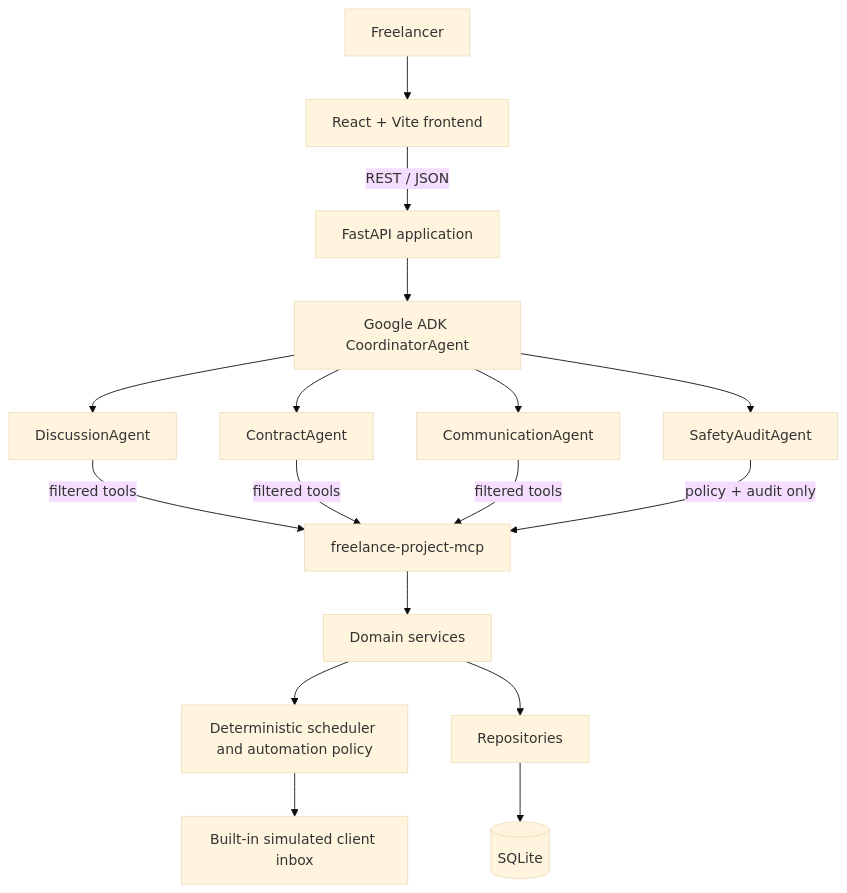
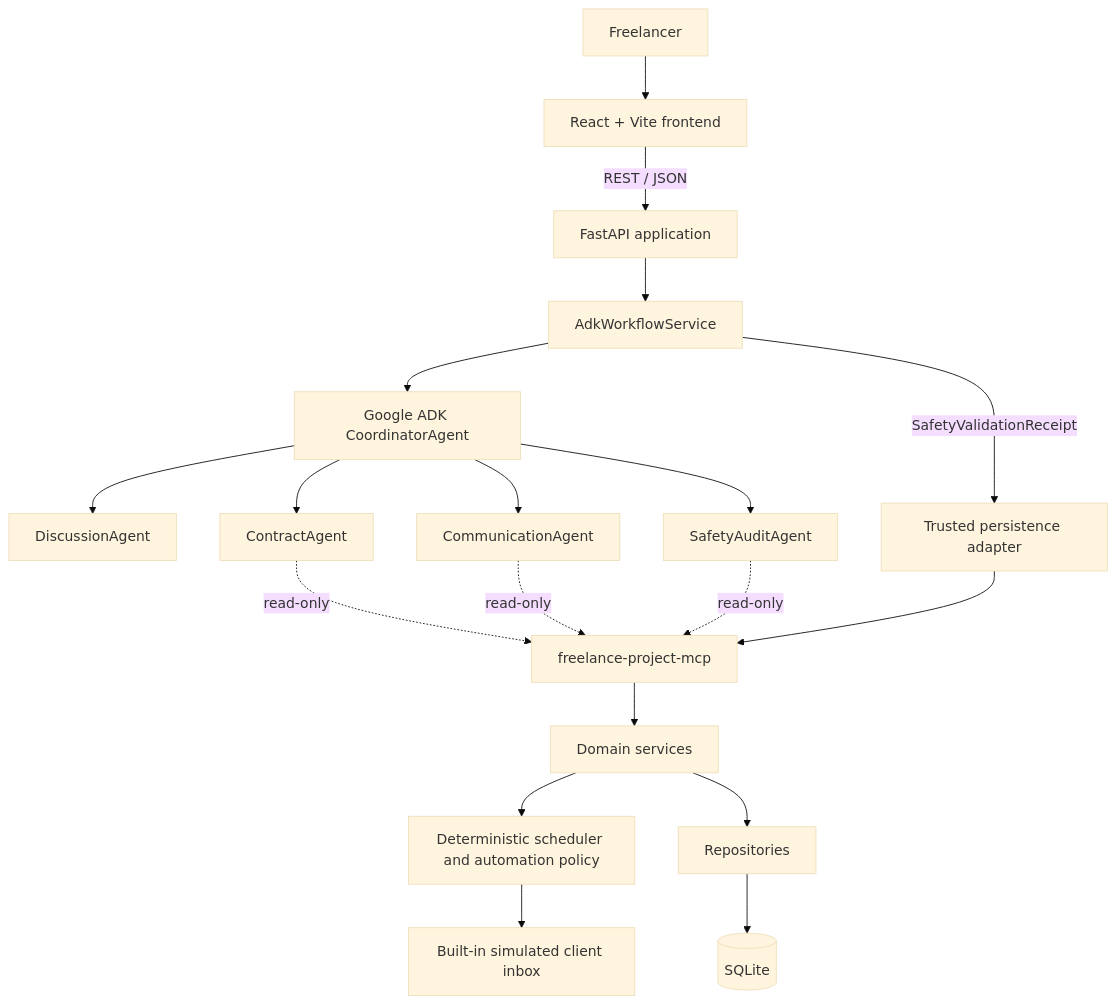
The first of 3 diagrams in docs/ARCHITECTURE.md (chaziyu/freelance-shield-ai), drawn with Mermaid (base theme) before and after one commit. The commit also changed other lines of this file and 12 other files, not shown here.

````diff
--- a/docs/ARCHITECTURE.md
+++ b/docs/ARCHITECTURE.md
@@ -9,19 +9,21 @@
 ```mermaid
 flowchart TD
     User["Freelancer"] --> UI["React + Vite frontend"]
     UI -->|"REST / JSON"| API["FastAPI application"]
-    API --> Coordinator["Google ADK CoordinatorAgent"]
+    API --> WF["AdkWorkflowService"]
+    WF --> Coordinator["Google ADK CoordinatorAgent"]
     Coordinator --> Discussion["DiscussionAgent"]
     Coordinator --> Contract["ContractAgent"]
     Coordinator --> Communication["CommunicationAgent"]
     Coordinator --> Safety["SafetyAuditAgent"]
-    Discussion -->|"filtered tools"| MCP["freelance-project-mcp"]
-    Contract -->|"filtered tools"| MCP
-    Communication -->|"filtered tools"| MCP
-    Safety -->|"policy + audit only"| MCP
+    Contract -.->|"read-only"| MCP["freelance-project-mcp"]
+    Communication -.->|"read-only"| MCP
+    Safety -.->|"read-only"| MCP
+    WF -->|"SafetyValidationReceipt"| Adapter["Trusted persistence adapter"]
+    Adapter --> MCP
     MCP --> Services["Domain services"]
     Services --> Scheduler["Deterministic scheduler and automation policy"]
     Services --> Repositories["Repositories"]
     Repositories --> DB[("SQLite")]
     Scheduler --> Inbox["Built-in simulated client inbox"]
 ```
````
